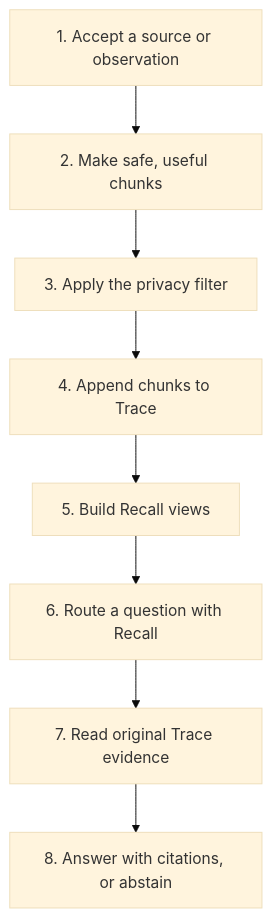
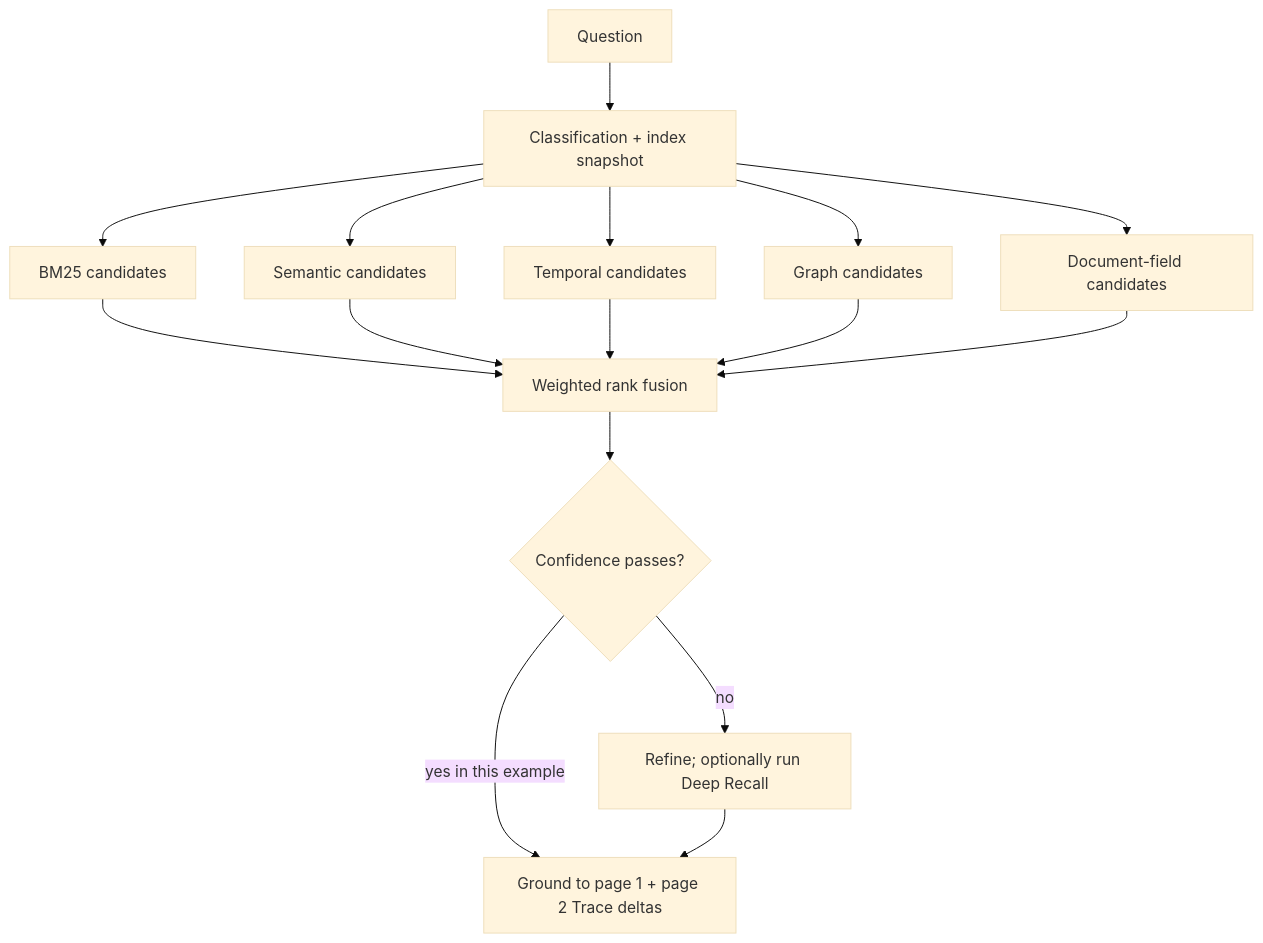
One commit to shanmukh05/trisynapse-memory changed the second of 12 diagrams in docs/architecture.md. Above: the diagram before and after it, drawn with Mermaid (base theme). The commit also changed other lines of this file and 76 other files, not shown here.

````diff
--- a/docs/architecture.md
+++ b/docs/architecture.md
@@ -18,13 +178,18 @@
 ```mermaid
 flowchart TD
-    A["1. Accept a source or observation"]
-    B["2. Make safe, useful chunks"]
-    C["3. Apply the privacy filter"]
-    D["4. Append chunks to Trace"]
-    E["5. Build Recall views"]
-    F["6. Route a question with Recall"]
-    G["7. Read original Trace evidence"]
-    H["8. Answer with citations, or abstain"]
-
-    A --> B --> C --> D --> E --> F --> G --> H
+    Q["Question"] --> C["Classification + index snapshot"]
+    C --> B["BM25 candidates"]
+    C --> S["Semantic candidates"]
+    C --> T["Temporal candidates"]
+    C --> G["Graph candidates"]
+    C --> D["Document-field candidates"]
+    B --> F["Weighted rank fusion"]
+    S --> F
+    T --> F
+    G --> F
+    D --> F
+    F --> CF{"Confidence passes?"}
+    CF -->|"yes in this example"| TR["Ground to page 1 + page 2 Trace deltas"]
+    CF -->|"no"| RF["Refine; optionally run Deep Recall"]
+    RF --> TR
 ```
````
